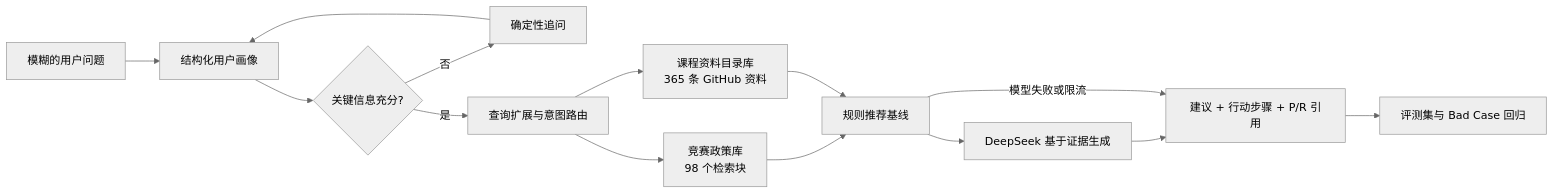
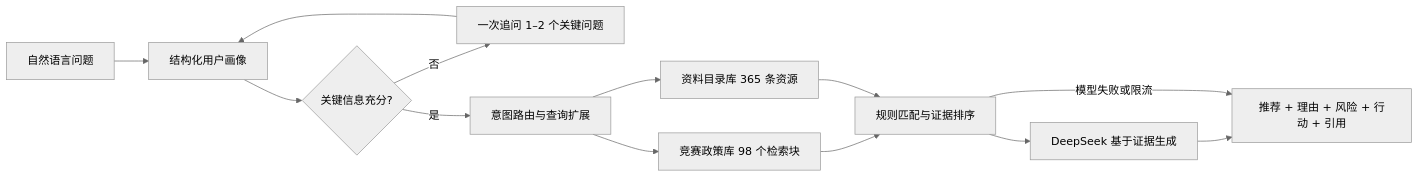
The second of 2 diagrams in README.md (RRRRaquelle/NJFU-WIKI), drawn with Mermaid (neutral theme) before and after one commit. The commit also changed other lines of this file and 1 other file, not shown here.

```diff
--- a/README.md
+++ b/README.md
@@ -34,16 +110,15 @@
 ~~~mermaid
 flowchart LR
-    A[模糊的用户问题] --> B[结构化用户画像]
+    A[自然语言问题] --> B[结构化用户画像]
     B --> C{关键信息充分?}
-    C -->|否| D[确定性追问]
+    C -->|否| D[一次追问 1–2 个关键问题]
     D --> B
-    C -->|是| E[查询扩展与意图路由]
-    E --> F[竞赛政策库<br/>98 个检索块]
-    E --> G[课程资料目录库<br/>365 条 GitHub 资料]
-    F --> H[规则推荐基线]
+    C -->|是| E[意图路由与查询扩展]
+    E --> F[竞赛政策库 98 个检索块]
+    E --> G[资料目录库 365 条资源]
+    F --> H[规则匹配与证据排序]
     G --> H
     H --> I[DeepSeek 基于证据生成]
-    I --> J[建议 + 行动步骤 + P/R 引用]
+    I --> J[推荐 + 理由 + 风险 + 行动 + 引用]
     H -->|模型失败或限流| J
-    J --> K[评测集与 Bad Case 回归]
 ~~~
```
